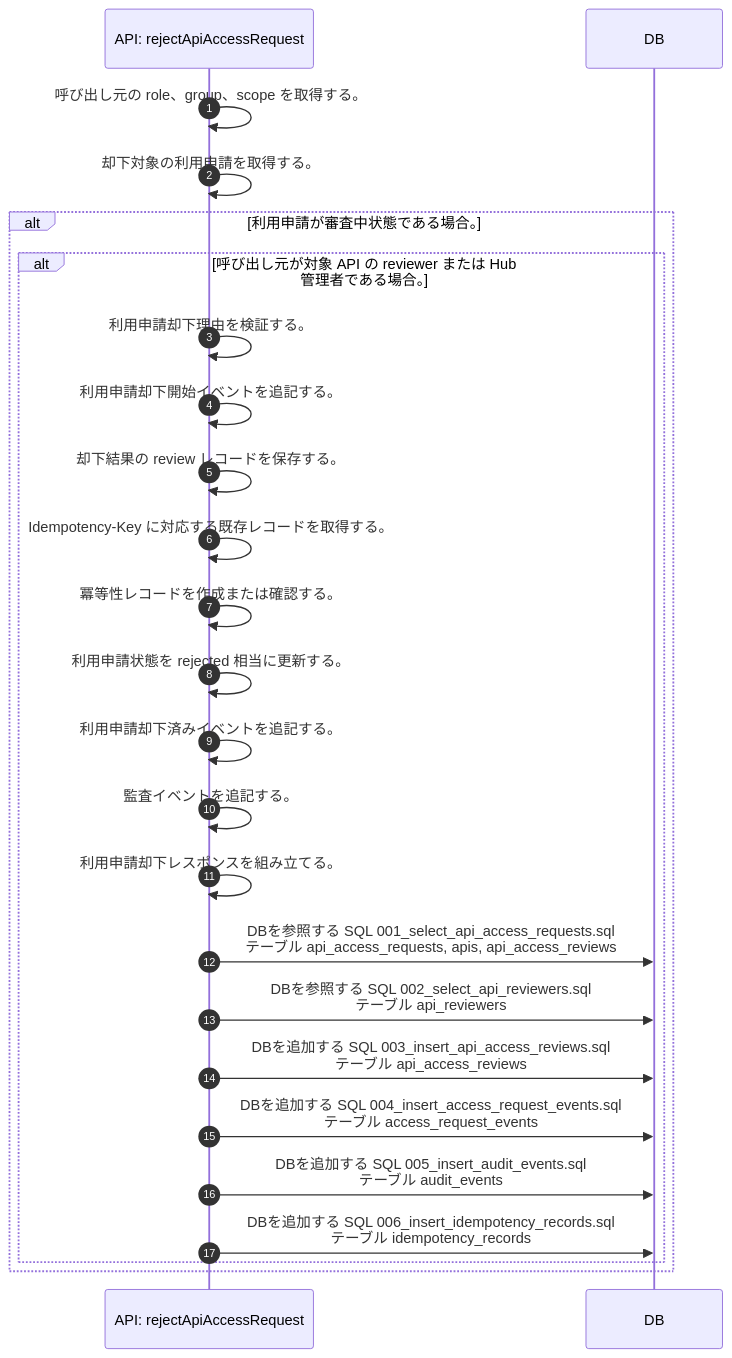
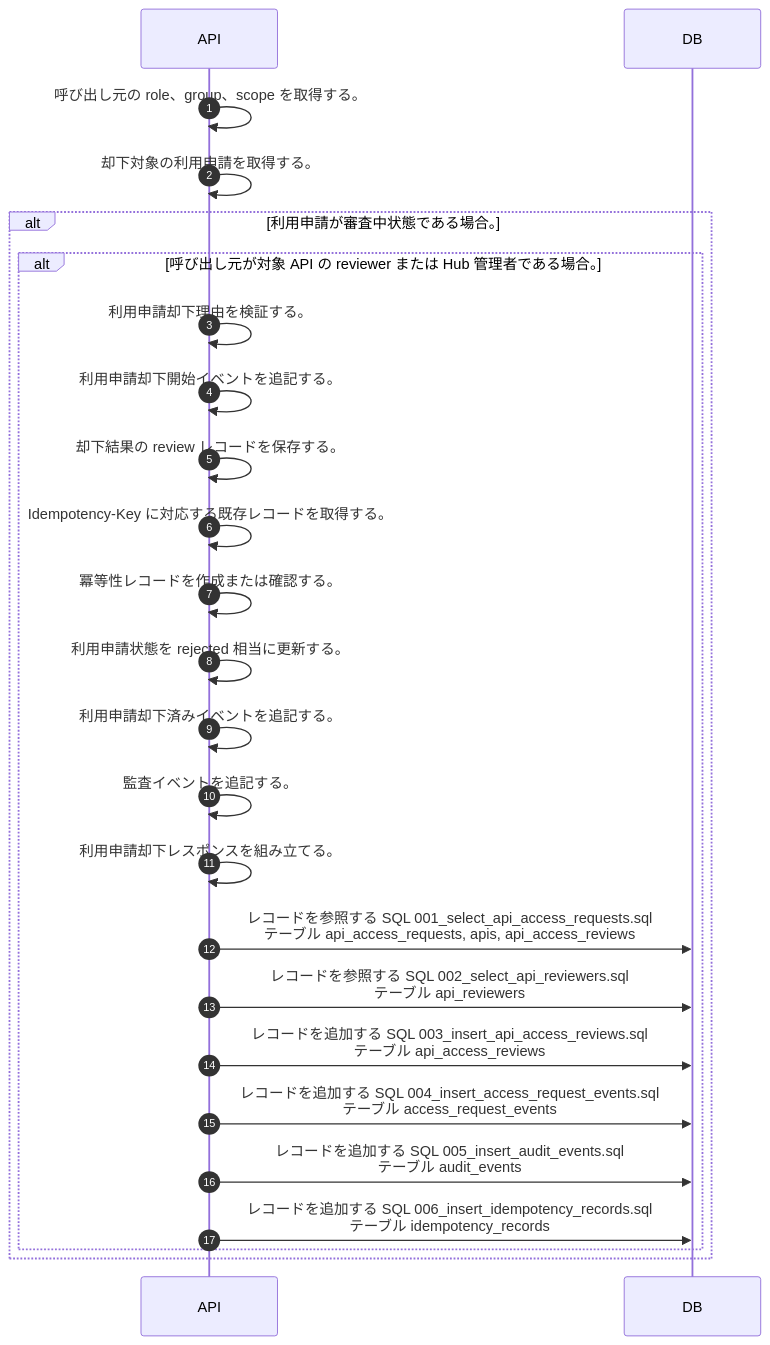
The diagram in docs/spec/40.apis/api_access_requests/reject_api_access_request/sequence_gen.md (tsuji-tomonori/lazunex), drawn with Mermaid before and after one commit. The commit also changed 15 other files, not shown here.

First line of the commit message:
🐛 fix(api): sequenceのAPI名とDB操作表現を修正

````diff
--- a/docs/spec/40.apis/api_access_requests/reject_api_access_request/sequence_gen.md
+++ b/docs/spec/40.apis/api_access_requests/reject_api_access_request/sequence_gen.md
@@ -5,27 +5,27 @@
 ```mermaid
 sequenceDiagram
   autonumber
-  participant API as API: rejectApiAccessRequest
+  participant API as API
   participant DB as DB
   API->>API: 呼び出し元の role、group、scope を取得する。
   API->>API: 却下対象の利用申請を取得する。
   alt 利用申請が審査中状態である場合。
     alt 呼び出し元が対象 API の reviewer または Hub 管理者である場合。
       API->>API: 利用申請却下理由を検証する。
       API->>API: 利用申請却下開始イベントを追記する。
       API->>API: 却下結果の review レコードを保存する。
       API->>API: Idempotency-Key に対応する既存レコードを取得する。
       API->>API: 冪等性レコードを作成または確認する。
       API->>API: 利用申請状態を rejected 相当に更新する。
       API->>API: 利用申請却下済みイベントを追記する。
       API->>API: 監査イベントを追記する。
       API->>API: 利用申請却下レスポンスを組み立てる。
-      API->>DB: DBを参照する SQL 001_select_api_access_requests.sql<br/>テーブル api_access_requests, apis, api_access_reviews
-      API->>DB: DBを参照する SQL 002_select_api_reviewers.sql<br/>テーブル api_reviewers
-      API->>DB: DBを追加する SQL 003_insert_api_access_reviews.sql<br/>テーブル api_access_reviews
-      API->>DB: DBを追加する SQL 004_insert_access_request_events.sql<br/>テーブル access_request_events
-      API->>DB: DBを追加する SQL 005_insert_audit_events.sql<br/>テーブル audit_events
-      API->>DB: DBを追加する SQL 006_insert_idempotency_records.sql<br/>テーブル idempotency_records
+      API->>DB: レコードを参照する SQL 001_select_api_access_requests.sql<br/>テーブル api_access_requests, apis, api_access_reviews
+      API->>DB: レコードを参照する SQL 002_select_api_reviewers.sql<br/>テーブル api_reviewers
+      API->>DB: レコードを追加する SQL 003_insert_api_access_reviews.sql<br/>テーブル api_access_reviews
+      API->>DB: レコードを追加する SQL 004_insert_access_request_events.sql<br/>テーブル access_request_events
+      API->>DB: レコードを追加する SQL 005_insert_audit_events.sql<br/>テーブル audit_events
+      API->>DB: レコードを追加する SQL 006_insert_idempotency_records.sql<br/>テーブル idempotency_records
     end
   end
 ```
````
